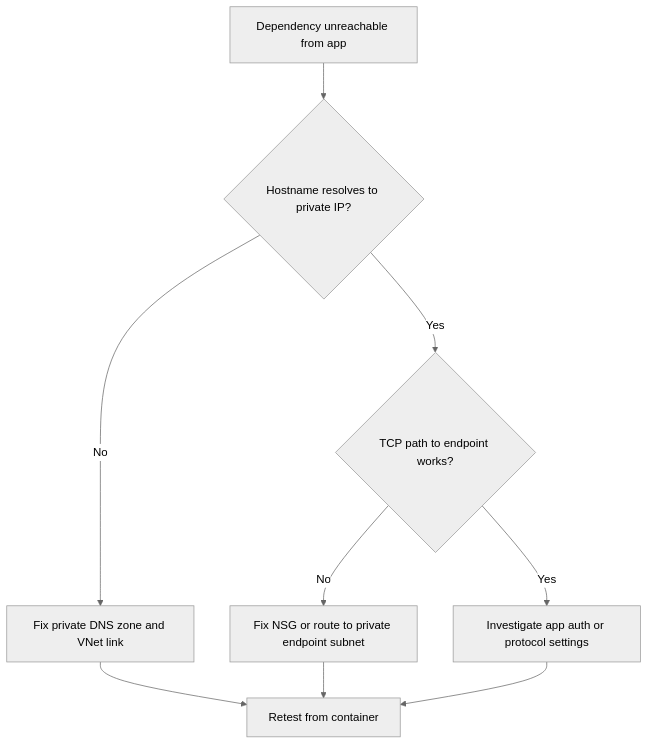
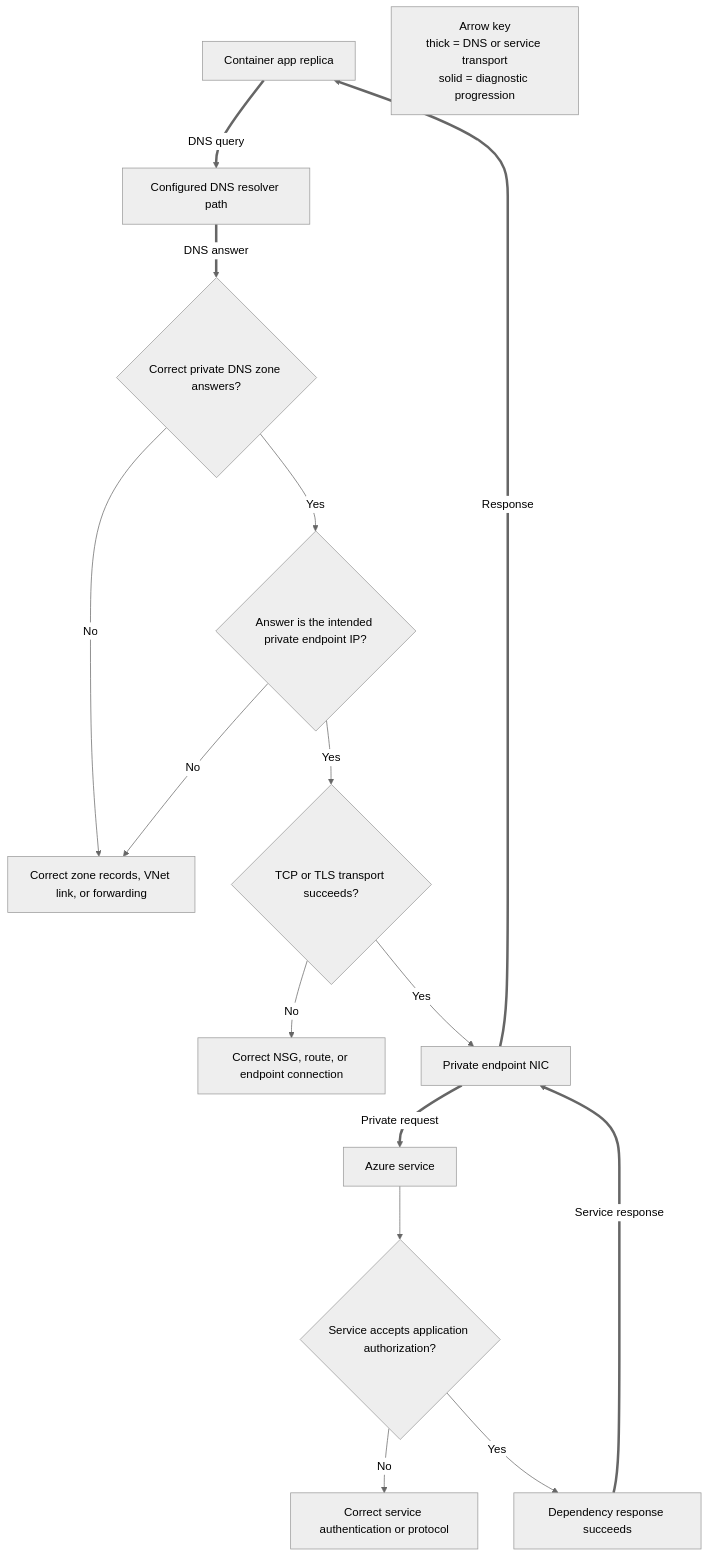
Before and after one commit to yeongseon/azure-container-apps-practical-guide: the diagram in docs/troubleshooting/playbooks/ingress-and-networking/internal-dns-and-private-endpoint-failure.md, drawn with Mermaid (neutral theme). The commit also changed other lines of this file and 23 other files, not shown here.

First line of the commit message:
docs(diagrams): migrate troubleshooting playbook diagrams (#626)

````diff
--- a/docs/troubleshooting/playbooks/ingress-and-networking/internal-dns-and-private-endpoint-failure.md
+++ b/docs/troubleshooting/playbooks/ingress-and-networking/internal-dns-and-private-endpoint-failure.md
@@ -40,11 +40,35 @@
 ```mermaid
 flowchart TD
-    A[Dependency unreachable from app] --> B{Hostname resolves to private IP?}
-    B -->|No| C[Fix private DNS zone and VNet link]
-    B -->|Yes| D{TCP path to endpoint works?}
-    D -->|No| E[Fix NSG or route to private endpoint subnet]
-    D -->|Yes| F[Investigate app auth or protocol settings]
-    C --> G[Retest from container]
-    E --> G
-    F --> G
+    accTitle: Diagnose a dependency behind a private endpoint
+    accDescr: Resolve the dependency name from the Container Apps network, verify private DNS zone authority and links, then test transport and authorization separately.
+
+    APP[Container app replica]
+    RESOLVER[Configured DNS resolver path]
+    ZONE{Correct private DNS zone answers?}
+    PRIVATE{Answer is the intended private endpoint IP?}
+    ENDPOINT[Private endpoint NIC]
+    SERVICE[Azure service]
+    TRANSPORT{TCP or TLS transport succeeds?}
+    AUTH{Service accepts application authorization?}
+    DNS_FIX[Correct zone records, VNet link, or forwarding]
+    PATH_FIX[Correct NSG, route, or endpoint connection]
+    AUTH_FIX[Correct service authentication or protocol]
+    SUCCESS[Dependency response succeeds]
+
+    APP ==>|DNS query| RESOLVER
+    RESOLVER ==>|DNS answer| ZONE
+    ZONE -->|No| DNS_FIX
+    ZONE -->|Yes| PRIVATE
+    PRIVATE -->|No| DNS_FIX
+    PRIVATE -->|Yes| TRANSPORT
+    TRANSPORT -->|No| PATH_FIX
+    TRANSPORT -->|Yes| ENDPOINT
+    ENDPOINT ==>|Private request| SERVICE
+    SERVICE --> AUTH
+    AUTH -->|No| AUTH_FIX
+    AUTH -->|Yes| SUCCESS
+    SUCCESS ==>|Service response| ENDPOINT
+    ENDPOINT ==>|Response| APP
+
+    LEGEND["Arrow key<br/>thick = DNS or service transport<br/>solid = diagnostic progression"]
 ```
````
